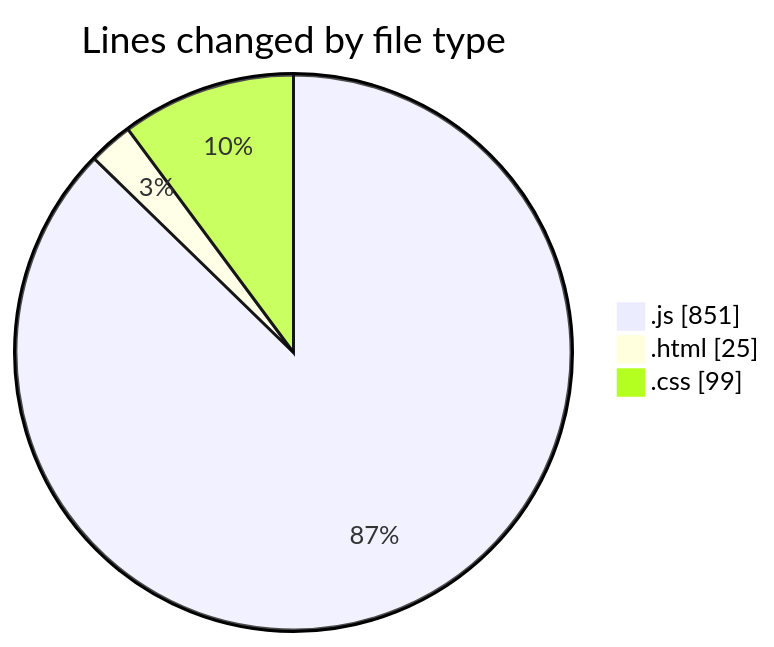
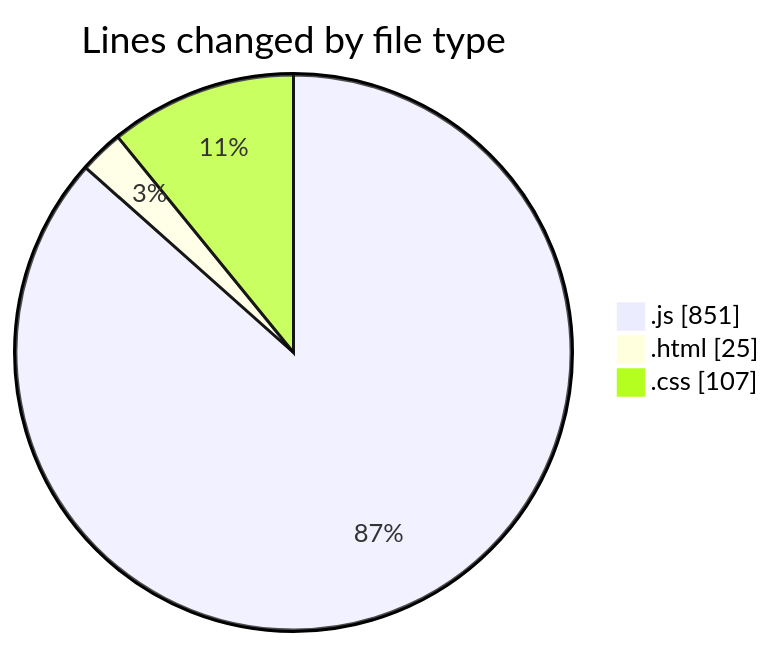
Before and after one commit to Ritupan-Deka/code-tracking: the first of 2 diagrams in 2025-01-19/typing_game/README.md, drawn with Mermaid. The commit also changed other lines of this file and 1 other file, not shown here.

````diff
--- a/2025-01-19/typing_game/README.md
+++ b/2025-01-19/typing_game/README.md
@@ -22,7 +22,7 @@
 ```mermaid
 pie showData
 title Lines changed by file type
 ".js" : 851
 ".html" : 25
-".css" : 99
+".css" : 107
 ```
````
